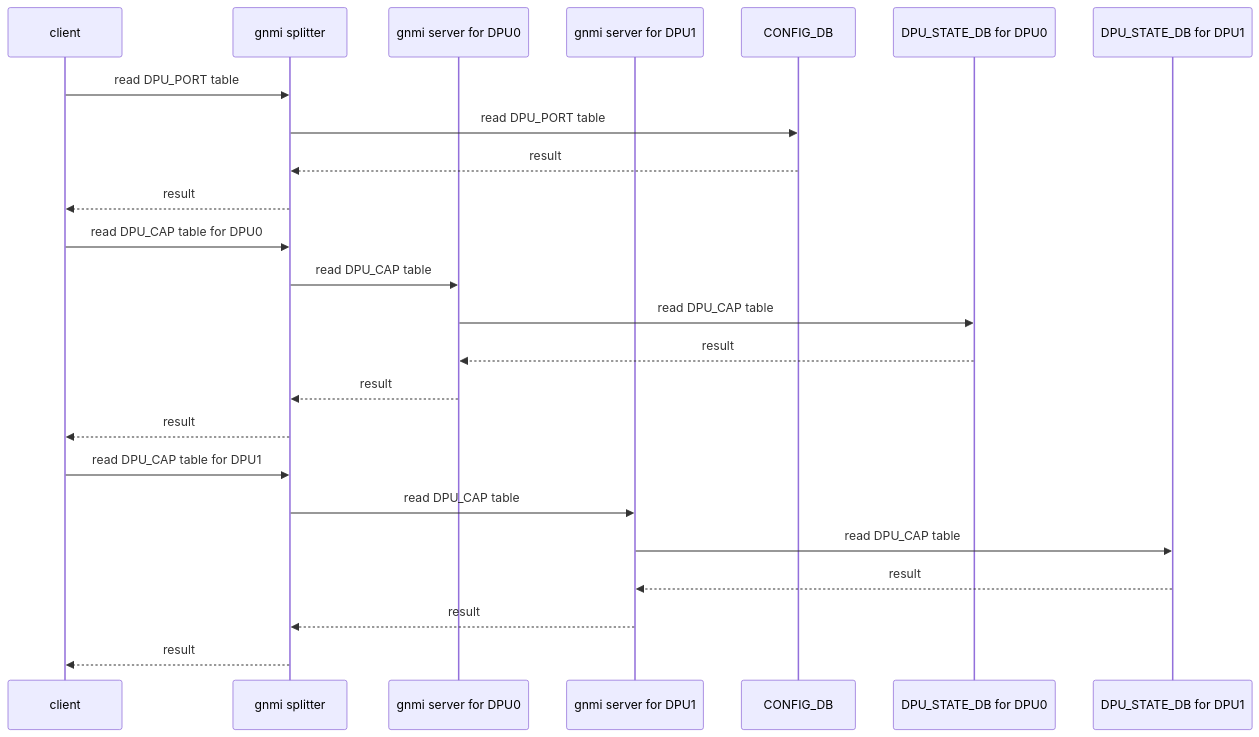
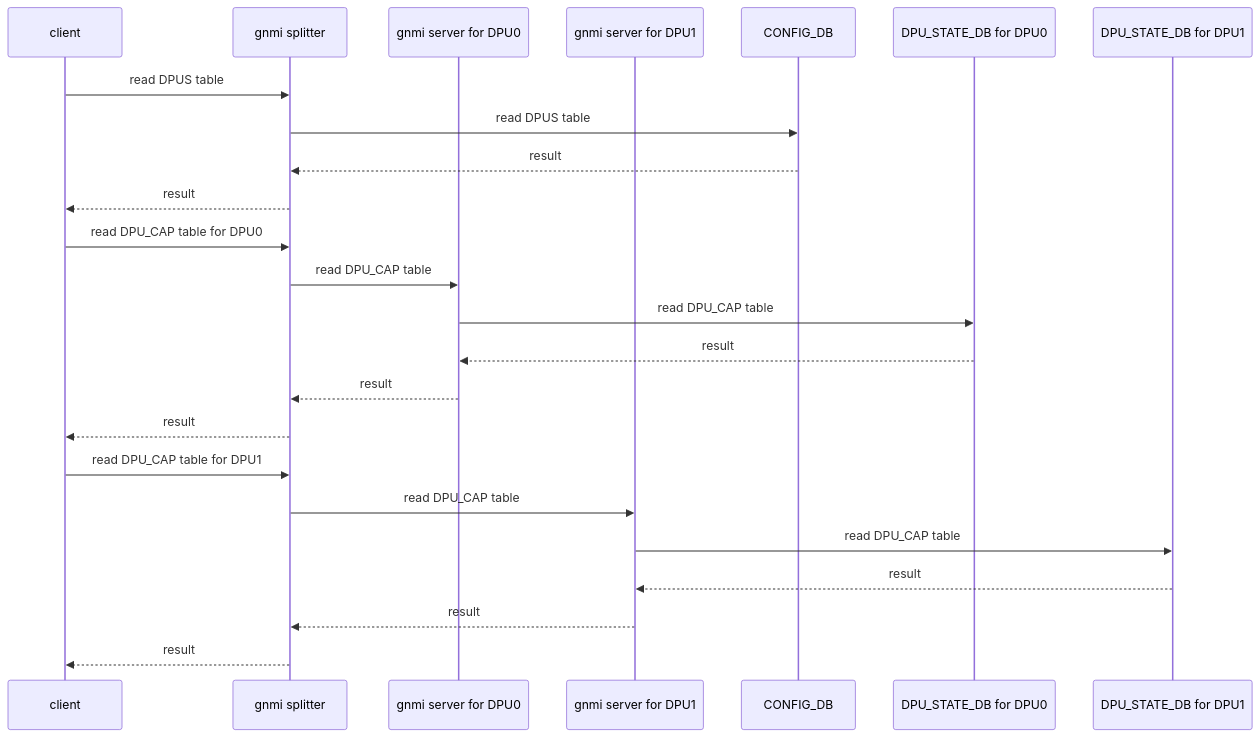
One commit to wen587/mermaid changed the diagram in DPU_CAP.md. Above: the diagram before and after it, drawn with Mermaid.

````diff
--- a/DPU_CAP.md
+++ b/DPU_CAP.md
@@ -1,26 +1,26 @@
 ```mermaid
 sequenceDiagram
     participant client
     participant gnmi splitter
     participant gnmi server for DPU0
     participant gnmi server for DPU1
     participant CONFIG_DB
     participant DPU_STATE_DB for DPU0
     participant DPU_STATE_DB for DPU1
-    client->>gnmi splitter: read DPU_PORT table
-    gnmi splitter->>CONFIG_DB: read DPU_PORT table
+    client->>gnmi splitter: read DPUS table
+    gnmi splitter->>CONFIG_DB: read DPUS table
     CONFIG_DB-->>gnmi splitter: result
     gnmi splitter-->>client: result
     client->>gnmi splitter: read DPU_CAP table for DPU0
     gnmi splitter->>gnmi server for DPU0: read DPU_CAP table
     gnmi server for DPU0->>DPU_STATE_DB for DPU0: read DPU_CAP table
     DPU_STATE_DB for DPU0-->>gnmi server for DPU0: result
     gnmi server for DPU0-->>gnmi splitter: result
     gnmi splitter-->>client: result
     client->>gnmi splitter: read DPU_CAP table for DPU1
     gnmi splitter->>gnmi server for DPU1: read DPU_CAP table
     gnmi server for DPU1->>DPU_STATE_DB for DPU1: read DPU_CAP table
     DPU_STATE_DB for DPU1-->>gnmi server for DPU1: result
     gnmi server for DPU1-->>gnmi splitter: result
     gnmi splitter-->>client: result
 ```
````
